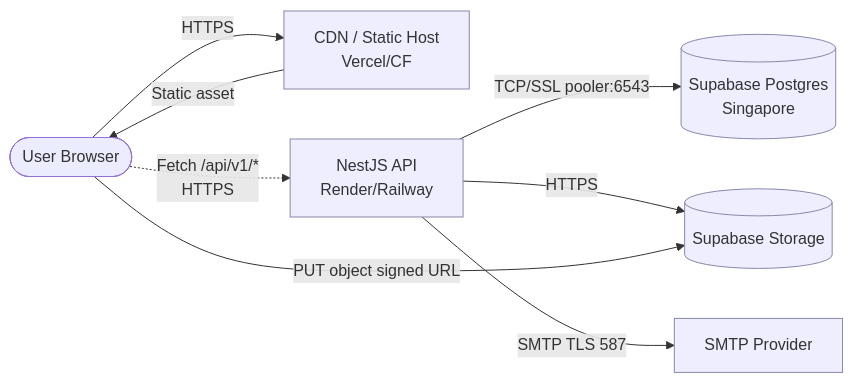
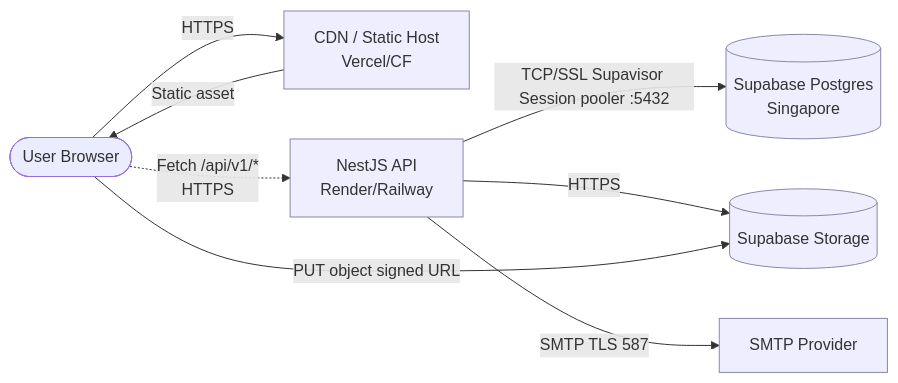
Before and after one commit to lethanhan01/gym-management-system: the fifth of 5 diagrams in docs/JA/Design/Architecture.md, drawn with Mermaid. The commit also changed other lines of this file and 7 other files, not shown here.

````diff
--- a/docs/JA/Design/Architecture.md
+++ b/docs/JA/Design/Architecture.md
@@ -585,20 +585,20 @@
 ```mermaid
 flowchart LR
     User([User Browser])
     CDN[CDN / Static Host<br/>Vercel/CF]
     API[NestJS API<br/>Render/Railway]
     DB[(Supabase Postgres<br/>Singapore)]
     Storage[(Supabase Storage)]
     SMTP[SMTP Provider]
 
     User -->|HTTPS| CDN
     User -.->|Fetch /api/v1/*<br/>HTTPS| API
     CDN -->|Static asset| User
-    API -->|TCP/SSL pooler:6543| DB
+    API -->|TCP/SSL Supavisor Session pooler :5432| DB
     API -->|HTTPS| Storage
     User -->|PUT object signed URL| Storage
     API -->|SMTP TLS 587| SMTP
 
     classDef ext fill:#eef,stroke:#88a
     class CDN,API,DB,Storage,SMTP ext
 ```
````
